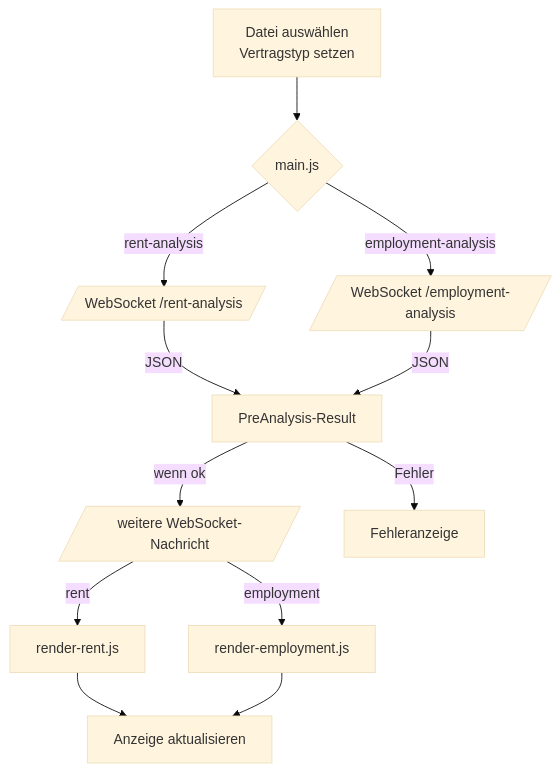
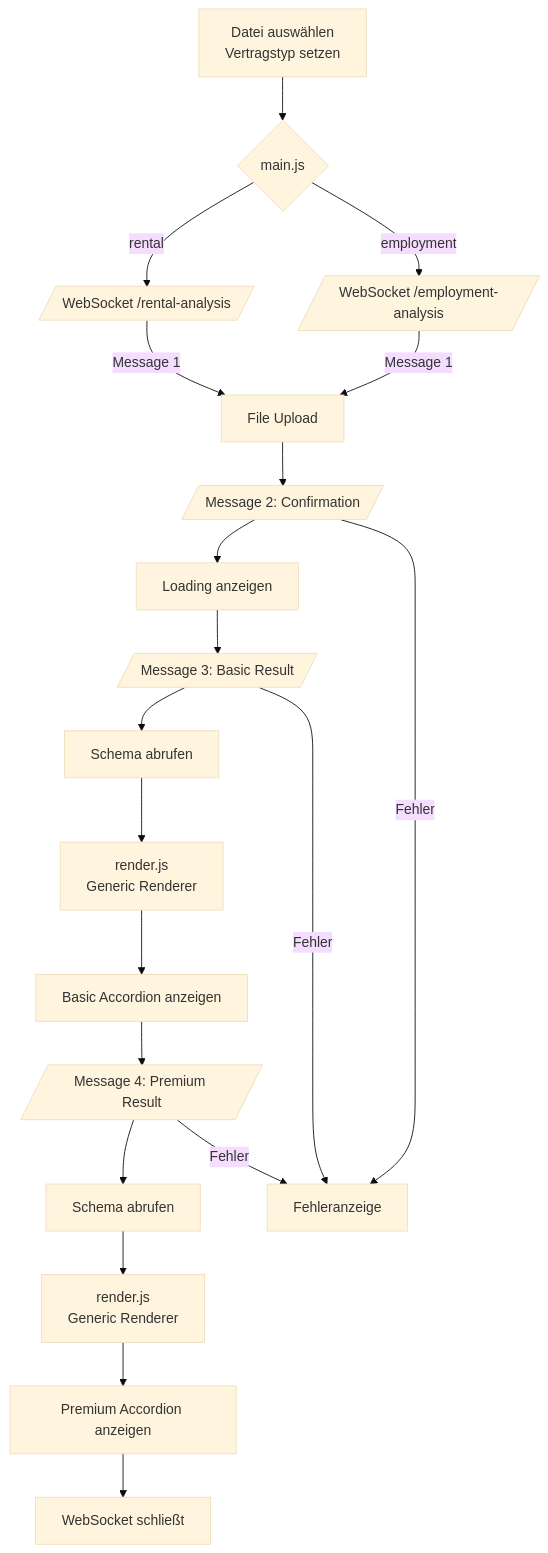
The seventh of 9 diagrams in docs/Diagrams/diagrams.md (sebastian-305/PocketLawyer), drawn with Mermaid (base theme) before and after one commit. The commit also changed other lines of this file and 85 other files, not shown here.

Commit message:
Big rework. New Agent logic. New output design. Automatic rendering wich Schema-Styling information. SST.

````diff
--- a/docs/Diagrams/diagrams.md
+++ b/docs/Diagrams/diagrams.md
@@ -456,13 +529,22 @@
 ```mermaid
 flowchart TD
     A[Datei auswählen<br>Vertragstyp setzen] --> B{main.js}
-    B -->|rent-analysis| CR[/WebSocket /rent-analysis/]
-    B -->|employment-analysis| CE[/WebSocket /employment-analysis/]
-    CR & CE -->|JSON| D[PreAnalysis-Result]
-    D -->|wenn ok| E[/weitere WebSocket-Nachricht/]
-    E -->|rent| FR[render-rent.js]
-    E -->|employment| FE[render-employment.js]
-    FR --> G[Anzeige aktualisieren]
-    FE --> G
-    D -->|Fehler| H[Fehleranzeige]
+    B -->|rental| CR[/WebSocket /rental-analysis/]
+    B -->|employment| CE[/WebSocket /employment-analysis/]
+    CR & CE -->|Message 1| D[File Upload]
+    D --> E[/Message 2: Confirmation/]
+    E --> F[Loading anzeigen]
+    F --> G[/Message 3: Basic Result/]
+    G --> H[Schema abrufen]
+    H --> I[render.js<br>Generic Renderer]
+    I --> J[Basic Accordion anzeigen]
+    J --> K[/Message 4: Premium Result/]
+    K --> L[Schema abrufen]
+    L --> M[render.js<br>Generic Renderer]
+    M --> N[Premium Accordion anzeigen]
+    N --> O[WebSocket schließt]
+    
+    E -->|Fehler| P[Fehleranzeige]
+    G -->|Fehler| P
+    K -->|Fehler| P
 ```
````
